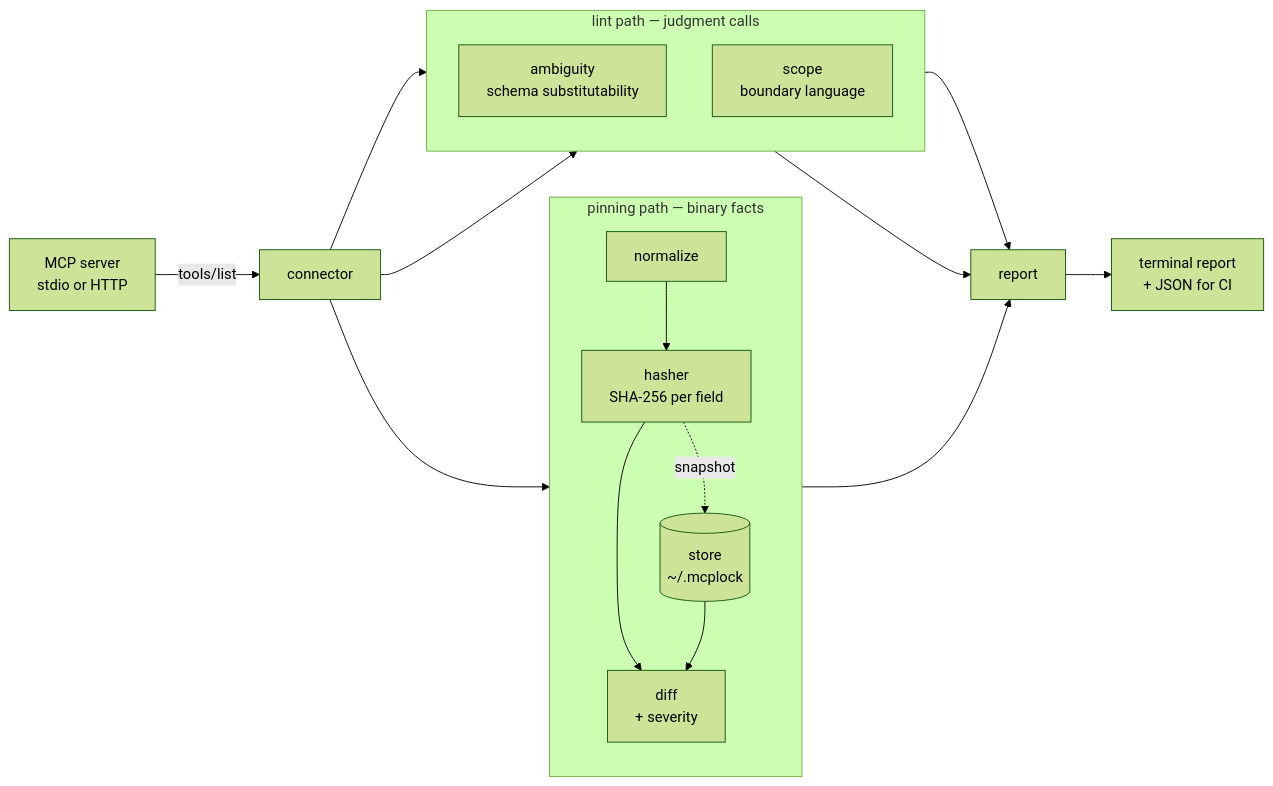
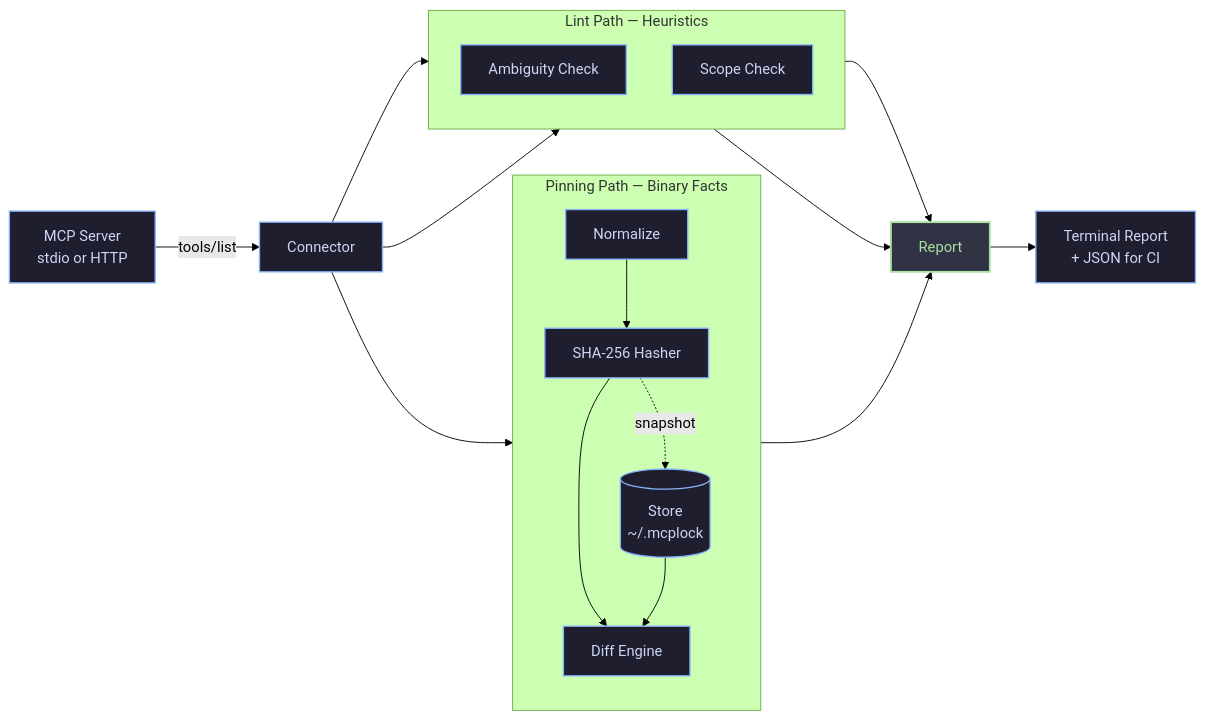
The first of 2 diagrams in README.md (yash161004/mcplock), drawn with Mermaid (forest theme) before and after one commit. The commit also changed other lines of this file and 7 other files, not shown here.

````diff
--- a/README.md
+++ b/README.md
@@ -74,28 +95,32 @@
 ```mermaid
 flowchart LR
-    S["MCP server<br/>stdio or HTTP"]
-    C["connector"]
+    classDef default fill:#1e1e2e,stroke:#89b4fa,stroke-width:1.5px,color:#cdd6f4;
+    classDef highlight fill:#313244,stroke:#a6e3a1,stroke-width:2px,color:#a6e3a1;
 
-    subgraph pin ["pinning path — binary facts"]
+    S["MCP Server<br/>stdio or HTTP"]
+    C["Connector"]
+
+    subgraph pin ["Pinning Path — Binary Facts"]
         direction TB
-        N["normalize"] --> H["hasher<br/>SHA-256 per field"]
-        H --> D["diff<br/>+ severity"]
-        ST[("store<br/>~/.mcplock")] --> D
+        N["Normalize"] --> H["SHA-256 Hasher"]
+        H --> D["Diff Engine"]
+        ST[("Store<br/>~/.mcplock")] --> D
         H -.->|snapshot| ST
     end
 
-    subgraph lintp ["lint path — judgment calls"]
+    subgraph lintp ["Lint Path — Heuristics"]
         direction TB
-        A["ambiguity<br/>schema substitutability"]
-        SC["scope<br/>boundary language"]
+        A["Ambiguity Check"]
+        SC["Scope Check"]
     end
 
     S -->|"tools/list"| C
     C --> N
     C --> A
     C --> SC
-    D --> R["report"]
+    D --> R["Report"]
     A --> R
     SC --> R
-    R --> OUT["terminal report<br/>+ JSON for CI"]
+    R --> OUT["Terminal Report<br/>+ JSON for CI"]
+    class R highlight;
 ```
````
